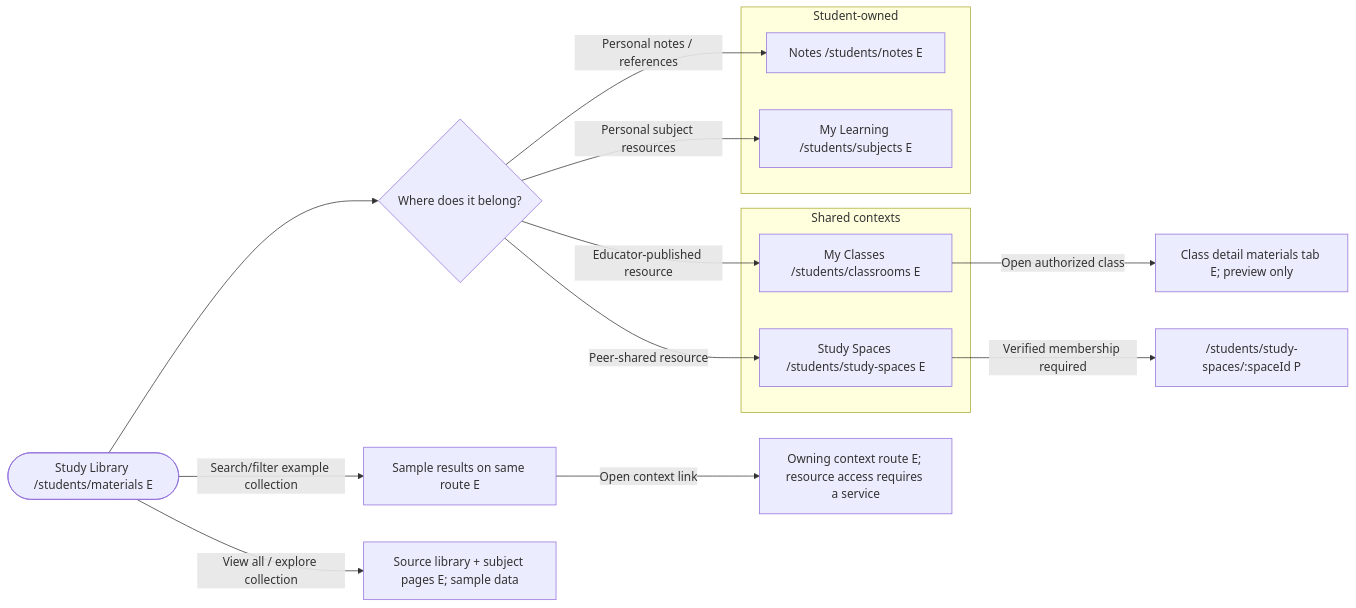
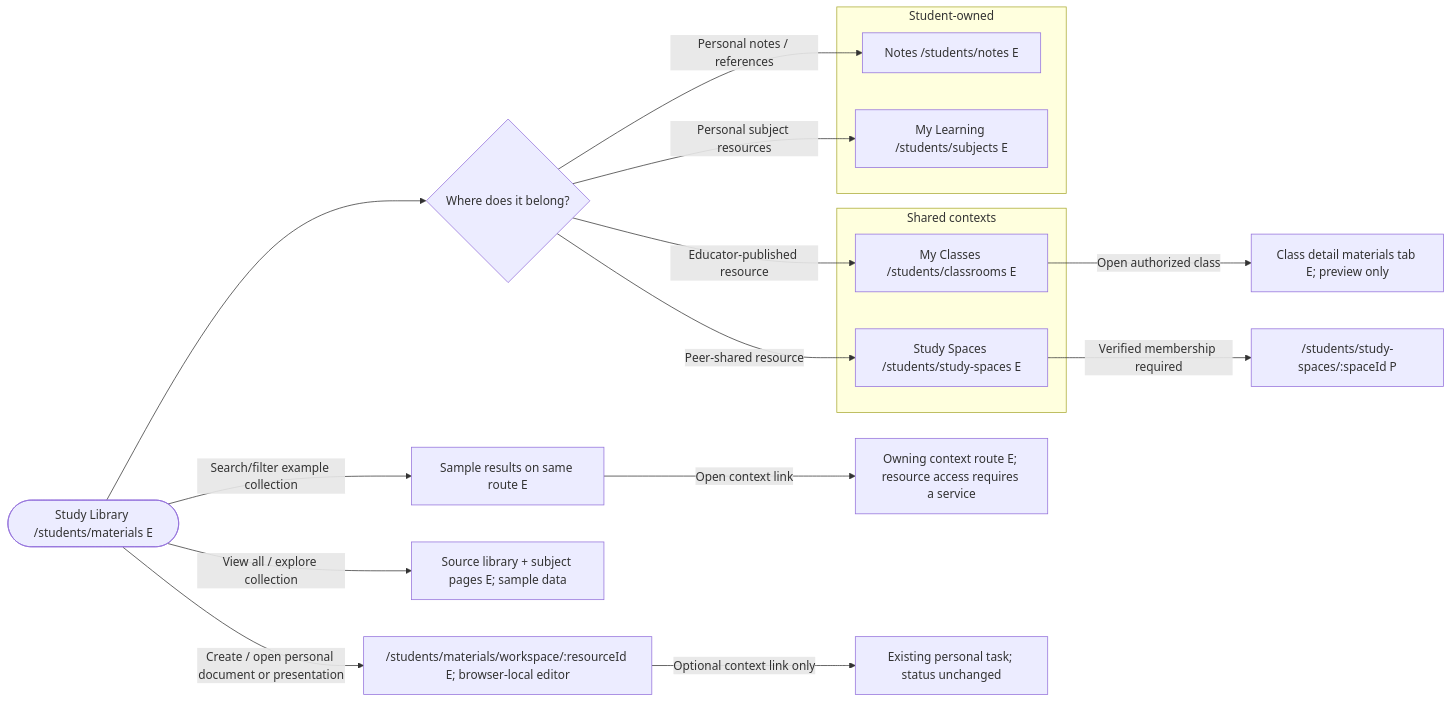
One commit to devCarlJoseph/owlio-app changed the fourth of 14 diagrams in OWLIO_STUDENT__WORKFLOW_PLAN.md. Above: the diagram before and after it, drawn with Mermaid. The commit also changed other lines of this file and 15 other files, not shown here.

Commit message:
feat(students): add native Study Library document and slide editors

````diff
--- a/OWLIO_STUDENT__WORKFLOW_PLAN.md
+++ b/OWLIO_STUDENT__WORKFLOW_PLAN.md
@@ -410,21 +413,23 @@
 ```mermaid
 flowchart LR
   LIB(["Study Library /students/materials E"]) --> SRC{"Where does it belong?"}
   subgraph PERSONAL["Student-owned"]
     NOTES["Notes /students/notes E"]
     SUBJECT["My Learning /students/subjects E"]
   end
   subgraph SHARED["Shared contexts"]
     CLASS["My Classes /students/classrooms E"]
     SPACE["Study Spaces /students/study-spaces E"]
   end
   SRC -->|"Personal notes / references"| NOTES
   SRC -->|"Personal subject resources"| SUBJECT
   SRC -->|"Educator-published resource"| CLASS
   CLASS -->|"Open authorized class"| CLASS_MAT["Class detail materials tab E; preview only"]
   SRC -->|"Peer-shared resource"| SPACE
   SPACE -->|"Verified membership required"| SPACE_DETAIL["/students/study-spaces/:spaceId P"]
   LIB -->|"Search/filter example collection"| RESULTS["Sample results on same route E"]
   RESULTS -->|"Open context link"| OWNER["Owning context route E; resource access requires a service"]
   LIB -->|"View all / explore collection"| SOURCE["Source library + subject pages E; sample data"]
+  LIB -->|"Create / open personal document or presentation"| EDITOR["/students/materials/workspace/:resourceId E; browser-local editor"]
+  EDITOR -->|"Optional context link only"| TASK["Existing personal task; status unchanged"]
 ```
````
